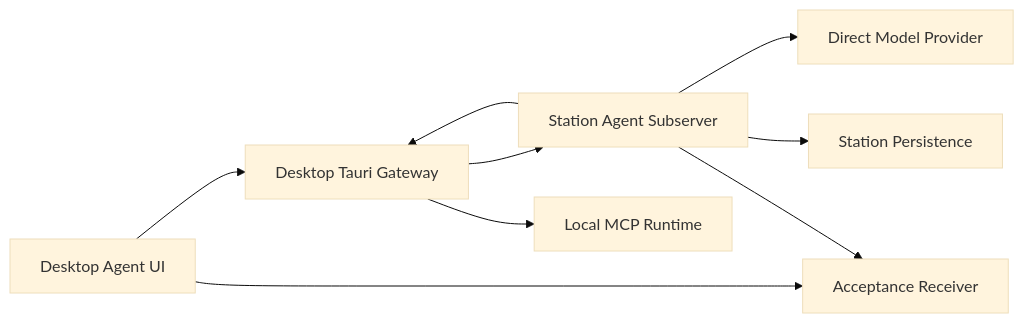
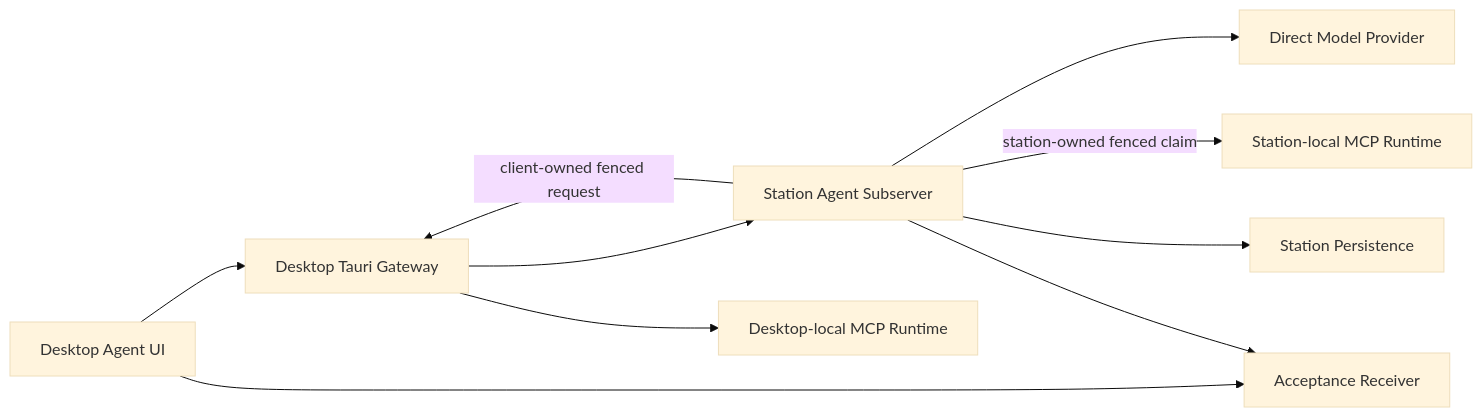
One commit to peers-labs/peers-touch changed the diagram in docs/architecture/agent/design.md. Above: the diagram before and after it, drawn with Mermaid (base theme). The commit also changed other lines of this file and 11 other files, not shown here.

First line of the commit message:
docs(agent): update architecture docs from minimum usable chat integration

````diff
--- a/docs/architecture/agent/design.md
+++ b/docs/architecture/agent/design.md
@@ -24,19 +25,21 @@
 ```mermaid
 flowchart LR
     UI["Desktop Agent UI"]
     TAURI["Desktop Tauri Gateway"]
     STATION["Station Agent Subserver"]
     MODEL["Direct Model Provider"]
-    MCP["Local MCP Runtime"]
+    DMCP["Desktop-local MCP Runtime"]
+    SMCP["Station-local MCP Runtime"]
     STORE["Station Persistence"]
     PROOF["Acceptance Receiver"]
 
     UI --> TAURI
     TAURI --> STATION
     STATION --> MODEL
-    STATION --> TAURI
-    TAURI --> MCP
+    STATION -->|"client-owned fenced request"| TAURI
+    TAURI --> DMCP
+    STATION -->|"station-owned fenced claim"| SMCP
     STATION --> STORE
     UI --> PROOF
     STATION --> PROOF
 ```
````
